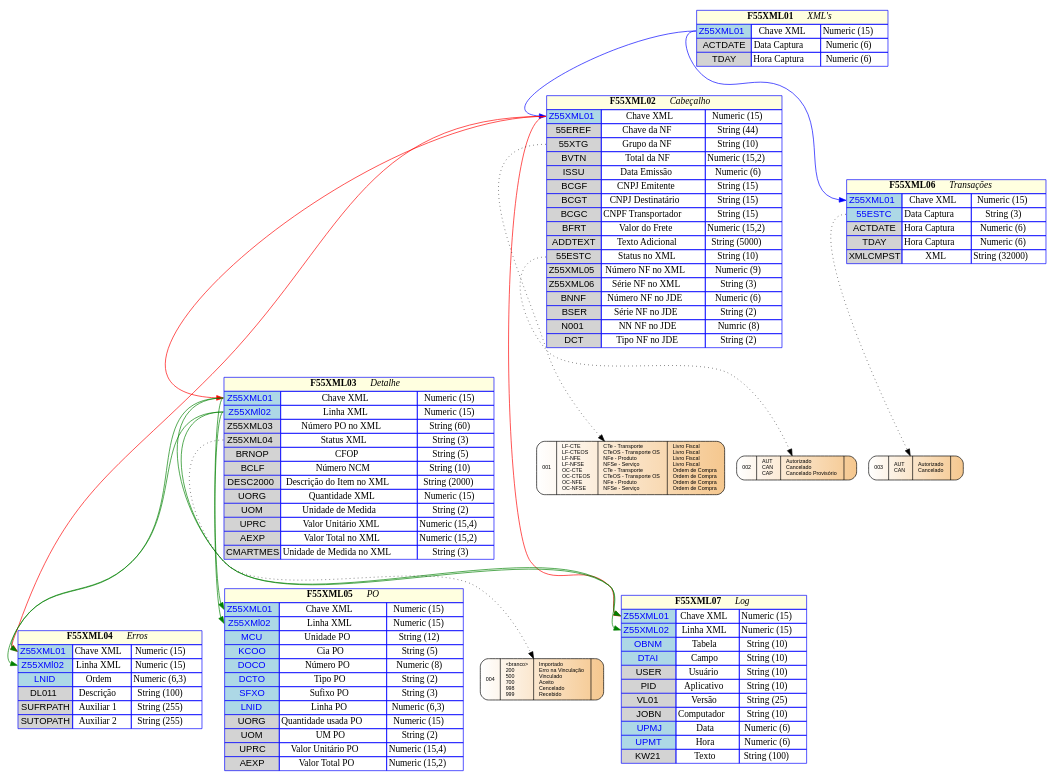
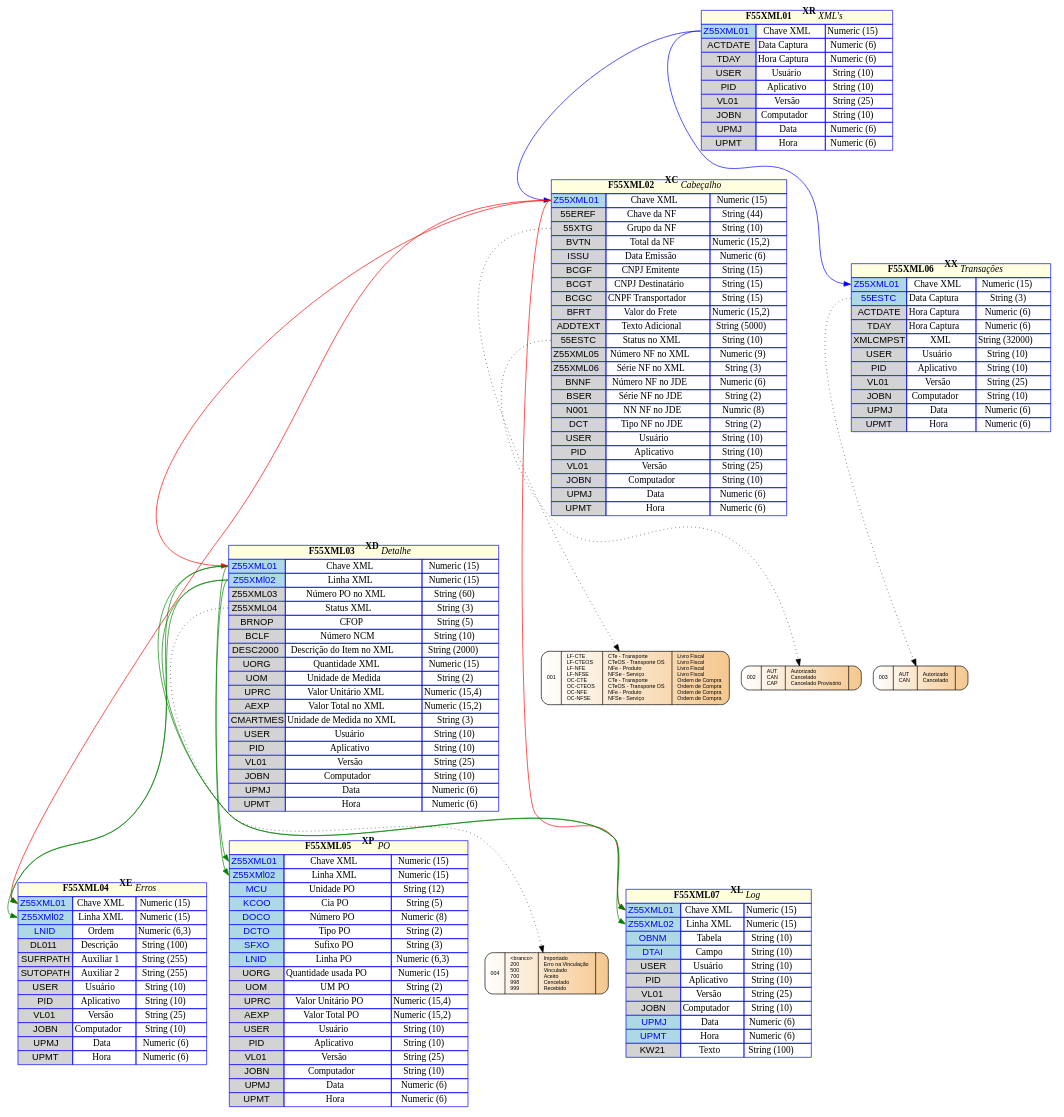
One commit to GiovaniPM/Graphs changed the diagram in ER XML - novo.gv. Above: the diagram before and after it, drawn with Graphviz.

Commit message:
Giovani_Mesquita(RBST10164) 200317113549

```diff
--- a/ER XML - novo.gv
+++ b/ER XML - novo.gv
@@ -4,10 +4,16 @@
    shape=none
    label=<
      <table border='0' cellborder='1' color='blue' cellspacing='0'>
-       <tr><td colspan="3" bgcolor="lightyellow"><b>F55XML01</b> <i>XML's</i></td></tr>
+       <tr><td colspan="3" bgcolor="lightyellow"><b>F55XML01<sup>XR</sup></b> <i>XML's</i></td></tr>
        <tr><td port='col01' bgcolor="lightblue"><font face="helvetica" color="blue">Z55XML01</font></td><td>Chave XML</td><td>Numeric (15)</td></tr>
        <tr><td port='col02' bgcolor="lightgray"><font face="helvetica" color="black">ACTDATE</font></td><td>Data Captura</td><td>Numeric (6)</td></tr>
        <tr><td port='col03' bgcolor="lightgray"><font face="helvetica" color="black">TDAY</font></td><td>Hora Captura</td><td>Numeric (6)</td></tr>
+       <tr><td bgcolor="lightgray"><font face="helvetica" color="black">USER</font></td><td>Usuário</td><td>String (10)</td></tr>
+       <tr><td bgcolor="lightgray"><font face="helvetica" color="black">PID</font></td><td>Aplicativo</td><td>String (10)</td></tr>
+       <tr><td bgcolor="lightgray"><font face="helvetica" color="black">VL01</font></td><td>Versão</td><td>String (25)</td></tr>
+       <tr><td bgcolor="lightgray"><font face="helvetica" color="black">JOBN</font></td><td>Computador</td><td>String (10)</td></tr>
+       <tr><td bgcolor="lightgray"><font face="helvetica" color="black">UPMJ</font></td><td>Data</td><td>Numeric (6)</td></tr>
+       <tr><td bgcolor="lightgray"><font face="helvetica" color="black">UPMT</font></td><td>Hora</td><td>Numeric (6)</td></tr>
      </table>
   >];
 
@@ -15,7 +21,7 @@
    shape=none
    label=<
      <table border='0' cellborder='1' color='blue' cellspacing='0'>
-       <tr><td colspan="3" bgcolor="lightyellow"><b>F55XML02</b> <i>Cabeçalho</i></td></tr>
+       <tr><td colspan="3" bgcolor="lightyellow"><b>F55XML02<sup>XC</sup></b> <i>Cabeçalho</i></td></tr>
        <tr><td port='col01' bgcolor="lightblue"><font face="helvetica" color="blue">Z55XML01</font></td><td>Chave XML</td><td>Numeric (15)</td></tr>
        <tr><td port='col02' bgcolor="lightgray"><font face="helvetica" color="black">55EREF</font></td><td>Chave da NF</td><td>String (44)</td></tr>
        <tr><td port='col03' bgcolor="lightgray"><font face="helvetica" color="black">55XTG</font></td><td>Grupo da NF</td><td>String (10)</td></tr>
@@ -33,6 +39,12 @@
        <tr><td port='col15' bgcolor="lightgray"><font face="helvetica" color="black">BSER</font></td><td>Série NF no JDE</td><td>String (2)</td></tr>
        <tr><td port='col16' bgcolor="lightgray"><font face="helvetica" color="black">N001</font></td><td>NN NF no JDE</td><td>Numric (8)</td></tr>
        <tr><td port='col17' bgcolor="lightgray"><font face="helvetica" color="black">DCT</font></td><td>Tipo NF no JDE</td><td>String (2)</td></tr>
+       <tr><td bgcolor="lightgray"><font face="helvetica" color="black">USER</font></td><td>Usuário</td><td>String (10)</td></tr>
+       <tr><td bgcolor="lightgray"><font face="helvetica" color="black">PID</font></td><td>Aplicativo</td><td>String (10)</td></tr>
+       <tr><td bgcolor="lightgray"><font face="helvetica" color="black">VL01</font></td><td>Versão</td><td>String (25)</td></tr>
+       <tr><td bgcolor="lightgray"><font face="helvetica" color="black">JOBN</font></td><td>Computador</td><td>String (10)</td></tr>
+       <tr><td bgcolor="lightgray"><font face="helvetica" color="black">UPMJ</font></td><td>Data</td><td>Numeric (6)</td></tr>
+       <tr><td bgcolor="lightgray"><font face="helvetica" color="black">UPMT</font></td><td>Hora</td><td>Numeric (6)</td></tr>
      </table>
   >];
 
@@ -40,7 +52,7 @@
    shape=none
    label=<
      <table border='0' cellborder='1' color='blue' cellspacing='0'>
-       <tr><td colspan="3" bgcolor="lightyellow"><b>F55XML03</b> <i>Detalhe</i></td></tr>
+       <tr><td colspan="3" bgcolor="lightyellow"><b>F55XML03<sup>XD</sup></b> <i>Detalhe</i></td></tr>
        <tr><td port='col01' bgcolor="lightblue"><font face="helvetica" color="blue">Z55XML01</font></td><td>Chave XML</td><td>Numeric (15)</td></tr>
        <tr><td port='col02' bgcolor="lightblue"><font face="helvetica" color="blue">Z55XMl02</font></td><td>Linha XML</td><td>Numeric (15)</td></tr>
        <tr><td port='col03' bgcolor="lightgray"><font face="helvetica" color="black">Z55XML03</font></td><td>Número PO no XML</td><td>String (60)</td></tr>
@@ -53,6 +65,12 @@
        <tr><td port='col10' bgcolor="lightgray"><font face="helvetica" color="black">UPRC</font></td><td>Valor Unitário XML</td><td>Numeric (15,4)</td></tr>
        <tr><td port='col11' bgcolor="lightgray"><font face="helvetica" color="black">AEXP</font></td><td>Valor Total no XML</td><td>Numeric (15,2)</td></tr>
        <tr><td port='col12' bgcolor="lightgray"><font face="helvetica" color="black">CMARTMES</font></td><td>Unidade de Medida no XML</td><td>String (3)</td></tr>
+       <tr><td bgcolor="lightgray"><font face="helvetica" color="black">USER</font></td><td>Usuário</td><td>String (10)</td></tr>
+       <tr><td bgcolor="lightgray"><font face="helvetica" color="black">PID</font></td><td>Aplicativo</td><td>String (10)</td></tr>
+       <tr><td bgcolor="lightgray"><font face="helvetica" color="black">VL01</font></td><td>Versão</td><td>String (25)</td></tr>
+       <tr><td bgcolor="lightgray"><font face="helvetica" color="black">JOBN</font></td><td>Computador</td><td>String (10)</td></tr>
+       <tr><td bgcolor="lightgray"><font face="helvetica" color="black">UPMJ</font></td><td>Data</td><td>Numeric (6)</td></tr>
+       <tr><td bgcolor="lightgray"><font face="helvetica" color="black">UPMT</font></td><td>Hora</td><td>Numeric (6)</td></tr>
      </table>
   >];
 
@@ -60,13 +78,19 @@
    shape=none
    label=<
      <table border='0' cellborder='1' color='blue' cellspacing='0'>
-       <tr><td colspan="3" bgcolor="lightyellow"><b>F55XML04</b> <i>Erros</i></td></tr>
+       <tr><td colspan="3" bgcolor="lightyellow"><b>F55XML04<sup>XE</sup></b> <i>Erros</i></td></tr>
        <tr><td port='col01' bgcolor="lightblue"><font face="helvetica" color="blue">Z55XML01</font></td><td>Chave XML</td><td>Numeric (15)</td></tr>
        <tr><td port='col02' bgcolor="lightblue"><font face="helvetica" color="blue">Z55XMl02</font></td><td>Linha XML</td><td>Numeric (15)</td></tr>
        <tr><td port='col03' bgcolor="lightblue"><font face="helvetica" color="blue">LNID</font></td><td>Ordem</td><td>Numeric (6,3)</td></tr>
        <tr><td port='col04' bgcolor="lightgray"><font face="helvetica" color="black">DL011</font></td><td>Descrição</td><td>String (100)</td></tr>
        <tr><td port='col04' bgcolor="lightgray"><font face="helvetica" color="black">SUFRPATH</font></td><td>Auxiliar 1</td><td>String (255)</td></tr>
        <tr><td port='col04' bgcolor="lightgray"><font face="helvetica" color="black">SUTOPATH</font></td><td>Auxiliar 2</td><td>String (255)</td></tr>
+       <tr><td bgcolor="lightgray"><font face="helvetica" color="black">USER</font></td><td>Usuário</td><td>String (10)</td></tr>
+       <tr><td bgcolor="lightgray"><font face="helvetica" color="black">PID</font></td><td>Aplicativo</td><td>String (10)</td></tr>
+       <tr><td bgcolor="lightgray"><font face="helvetica" color="black">VL01</font></td><td>Versão</td><td>String (25)</td></tr>
+       <tr><td bgcolor="lightgray"><font face="helvetica" color="black">JOBN</font></td><td>Computador</td><td>String (10)</td></tr>
+       <tr><td bgcolor="lightgray"><font face="helvetica" color="black">UPMJ</font></td><td>Data</td><td>Numeric (6)</td></tr>
+       <tr><td bgcolor="lightgray"><font face="helvetica" color="black">UPMT</font></td><td>Hora</td><td>Numeric (6)</td></tr>
      </table>
   >];
 
@@ -74,7 +98,7 @@
    shape=none
    label=<
      <table border='0' cellborder='1' color='blue' cellspacing='0'>
-       <tr><td colspan="3" bgcolor="lightyellow"><b>F55XML05</b> <i>PO</i></td></tr>
+       <tr><td colspan="3" bgcolor="lightyellow"><b>F55XML05<sup>XP</sup></b> <i>PO</i></td></tr>
        <tr><td port='col01' bgcolor="lightblue"><font face="helvetica" color="blue">Z55XML01</font></td><td>Chave XML</td><td>Numeric (15)</td></tr>
        <tr><td port='col02' bgcolor="lightblue"><font face="helvetica" color="blue">Z55XMl02</font></td><td>Linha XML</td><td>Numeric (15)</td></tr>
        <tr><td port='col03' bgcolor="lightblue"><font face="helvetica" color="blue">MCU</font></td><td>Unidade PO</td><td>String (12)</td></tr>
@@ -87,6 +111,12 @@
        <tr><td port='col10' bgcolor="lightgray"><font face="helvetica" color="black">UOM</font></td><td>UM PO</td><td>String (2)</td></tr>
        <tr><td port='col11' bgcolor="lightgray"><font face="helvetica" color="black">UPRC</font></td><td>Valor Unitário PO</td><td>Numeric (15,4)</td></tr>
        <tr><td port='col12' bgcolor="lightgray"><font face="helvetica" color="black">AEXP</font></td><td>Valor Total PO</td><td>Numeric (15,2)</td></tr>
+       <tr><td bgcolor="lightgray"><font face="helvetica" color="black">USER</font></td><td>Usuário</td><td>String (10)</td></tr>
+       <tr><td bgcolor="lightgray"><font face="helvetica" color="black">PID</font></td><td>Aplicativo</td><td>String (10)</td></tr>
+       <tr><td bgcolor="lightgray"><font face="helvetica" color="black">VL01</font></td><td>Versão</td><td>String (25)</td></tr>
+       <tr><td bgcolor="lightgray"><font face="helvetica" color="black">JOBN</font></td><td>Computador</td><td>String (10)</td></tr>
+       <tr><td bgcolor="lightgray"><font face="helvetica" color="black">UPMJ</font></td><td>Data</td><td>Numeric (6)</td></tr>
+       <tr><td bgcolor="lightgray"><font face="helvetica" color="black">UPMT</font></td><td>Hora</td><td>Numeric (6)</td></tr>
      </table>
   >];
 
@@ -94,12 +124,18 @@
    shape=none
    label=<
      <table border='0' cellborder='1' color='blue' cellspacing='0'>
-       <tr><td colspan="3" bgcolor="lightyellow"><b>F55XML06</b> <i>Transações</i></td></tr>
+       <tr><td colspan="3" bgcolor="lightyellow"><b>F55XML06<sup>XX</sup></b> <i>Transações</i></td></tr>
        <tr><td port='col01' bgcolor="lightblue"><font face="helvetica" color="blue">Z55XML01</font></td><td>Chave XML</td><td>Numeric (15)</td></tr>
        <tr><td port='col02' bgcolor="lightblue"><font face="helvetica" color="blue">55ESTC</font></td><td>Data Captura</td><td>String (3)</td></tr>
        <tr><td port='col03' bgcolor="lightgray"><font face="helvetica" color="black">ACTDATE</font></td><td>Hora Captura</td><td>Numeric (6)</td></tr>
        <tr><td port='col04' bgcolor="lightgray"><font face="helvetica" color="black">TDAY</font></td><td>Hora Captura</td><td>Numeric (6)</td></tr>
        <tr><td port='col05' bgcolor="lightgray"><font face="helvetica" color="black">XMLCMPST</font></td><td>XML</td><td>String (32000)</td></tr>
+       <tr><td bgcolor="lightgray"><font face="helvetica" color="black">USER</font></td><td>Usuário</td><td>String (10)</td></tr>
+       <tr><td bgcolor="lightgray"><font face="helvetica" color="black">PID</font></td><td>Aplicativo</td><td>String (10)</td></tr>
+       <tr><td bgcolor="lightgray"><font face="helvetica" color="black">VL01</font></td><td>Versão</td><td>String (25)</td></tr>
+       <tr><td bgcolor="lightgray"><font face="helvetica" color="black">JOBN</font></td><td>Computador</td><td>String (10)</td></tr>
+       <tr><td bgcolor="lightgray"><font face="helvetica" color="black">UPMJ</font></td><td>Data</td><td>Numeric (6)</td></tr>
+       <tr><td bgcolor="lightgray"><font face="helvetica" color="black">UPMT</font></td><td>Hora</td><td>Numeric (6)</td></tr>
      </table>
   >];
 
@@ -107,7 +143,7 @@
    shape=none
    label=<
      <table border='0' cellborder='1' color='blue' cellspacing='0'>
-       <tr><td colspan="3" bgcolor="lightyellow"><b>F55XML07</b> <i>Log</i></td></tr>
+       <tr><td colspan="3" bgcolor="lightyellow"><b>F55XML07<sup>XL</sup></b> <i>Log</i></td></tr>
        <tr><td port='col01' bgcolor="lightblue"><font face="helvetica" color="blue">Z55XML01</font></td><td>Chave XML</td><td>Numeric (15)</td></tr>
        <tr><td port='col02' bgcolor="lightblue"><font face="helvetica" color="blue">Z55XML02</font></td><td>Linha XML</td><td>Numeric (15)</td></tr>
        <tr><td port='col03' bgcolor="lightblue"><font face="helvetica" color="blue">OBNM</font></td><td>Tabela</td><td>String (10)</td></tr>
```
